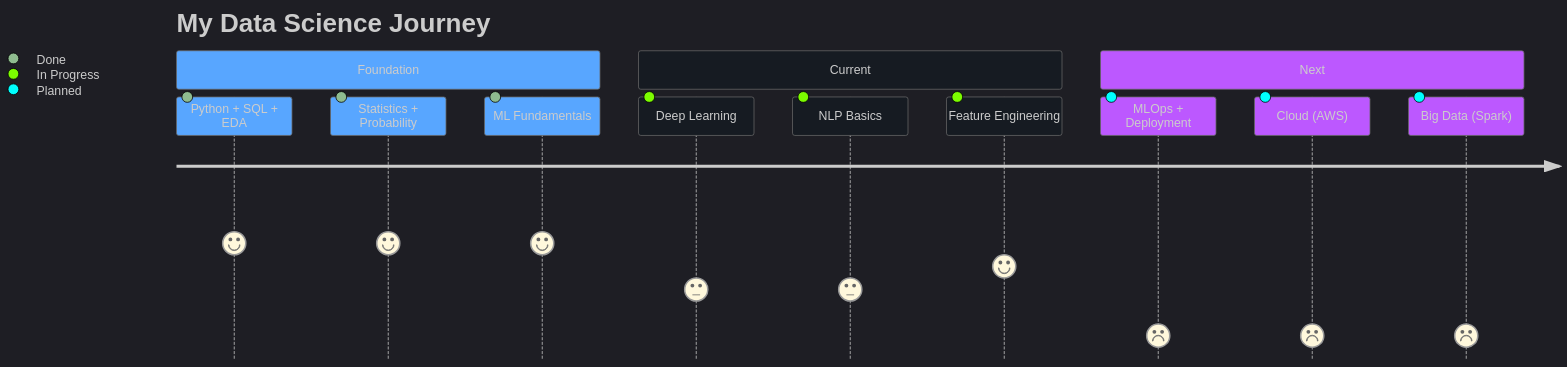
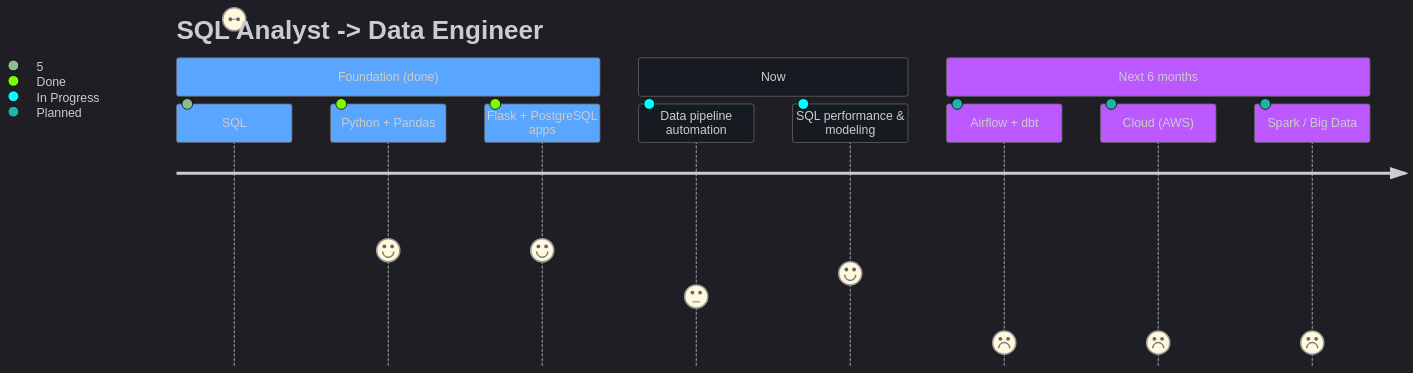
Before and after one commit to rohan4693/rohan4693: the diagram in README.md, drawn with Mermaid. The commit also changed other lines of this file, not shown here.

````diff
--- a/README.md
+++ b/README.md
@@ -120,17 +73,16 @@
 ```mermaid
-%%{init: {'theme': 'dark', 'themeVariables': { 'primaryColor': '#58a6ff', 'primaryTextColor': '#fff', 'primaryBorderColor': '#58a6ff', 'lineColor': '#58a6ff', 'secondaryColor': '#161b22', 'tertiaryColor': '#0d1117'}}}%%
+%%{init: {'theme': 'dark', 'themeVariables': {'primaryColor':'#58a6ff','primaryTextColor':'#fff','primaryBorderColor':'#58a6ff','lineColor':'#1f6feb','secondaryColor':'#161b22','tertiaryColor':'#0d1117'}}}%%
 journey
-    title My Data Science Journey
-    section Foundation
-      Python + SQL + EDA: 5: Done
-      Statistics + Probability: 5: Done
-      ML Fundamentals: 5: Done
-    section Current
-      Deep Learning: 3: In Progress
-      NLP Basics: 3: In Progress
-      Feature Engineering: 4: In Progress
-    section Next
-      MLOps + Deployment: 1: Planned
+    title SQL Analyst -> Data Engineer
+    section Foundation (done)
+      SQL: querying real prod DBs: 5: Done
+      Python + Pandas: 5: Done
+      Flask + PostgreSQL apps: 5: Done
+    section Now
+      Data pipeline automation: 3: In Progress
+      SQL performance & modeling: 4: In Progress
+    section Next 6 months
+      Airflow + dbt: 1: Planned
       Cloud (AWS): 1: Planned
-      Big Data (Spark): 1: Planned
+      Spark / Big Data: 1: Planned
 ```
````
